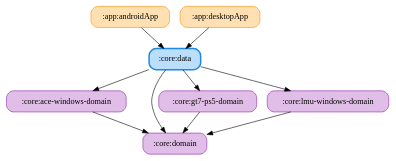
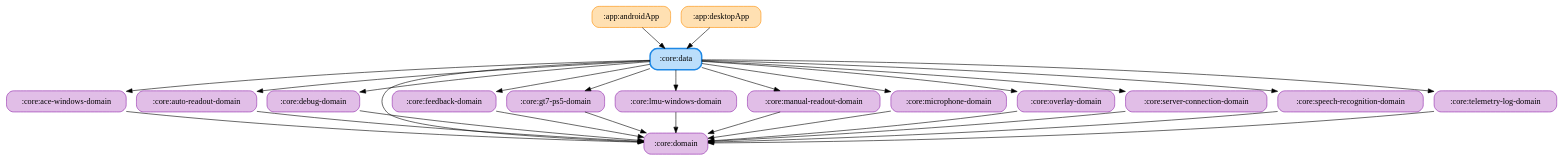
One commit to ai-kurou/KoDriver changed the diagram in docs/graphs/core-data.gv. Above: the diagram before and after it, drawn with Graphviz. The commit also changed 1047 other files, not shown here.

```diff
--- a/docs/graphs/core-data.gv
+++ b/docs/graphs/core-data.gv
@@ -1,20 +1,47 @@
 digraph G {
   rankdir=TB
   node [shape=box, style="rounded,filled"]
   ":app:androidApp" [fillcolor="#FFE0B2", color="#FB8C00", penwidth=1]
   ":app:desktopApp" [fillcolor="#FFE0B2", color="#FB8C00", penwidth=1]
   ":core:ace-windows-domain" [fillcolor="#E1BEE7", color="#8E24AA", penwidth=1]
+  ":core:auto-readout-domain" [fillcolor="#E1BEE7", color="#8E24AA", penwidth=1]
   ":core:data" [fillcolor="#BBDEFB", color="#1E88E5", penwidth=2.5]
+  ":core:debug-domain" [fillcolor="#E1BEE7", color="#8E24AA", penwidth=1]
   ":core:domain" [fillcolor="#E1BEE7", color="#8E24AA", penwidth=1]
+  ":core:feedback-domain" [fillcolor="#E1BEE7", color="#8E24AA", penwidth=1]
   ":core:gt7-ps5-domain" [fillcolor="#E1BEE7", color="#8E24AA", penwidth=1]
   ":core:lmu-windows-domain" [fillcolor="#E1BEE7", color="#8E24AA", penwidth=1]
+  ":core:manual-readout-domain" [fillcolor="#E1BEE7", color="#8E24AA", penwidth=1]
+  ":core:microphone-domain" [fillcolor="#E1BEE7", color="#8E24AA", penwidth=1]
+  ":core:overlay-domain" [fillcolor="#E1BEE7", color="#8E24AA", penwidth=1]
+  ":core:server-connection-domain" [fillcolor="#E1BEE7", color="#8E24AA", penwidth=1]
+  ":core:speech-recognition-domain" [fillcolor="#E1BEE7", color="#8E24AA", penwidth=1]
+  ":core:telemetry-log-domain" [fillcolor="#E1BEE7", color="#8E24AA", penwidth=1]
   ":app:androidApp" -> ":core:data"
   ":app:desktopApp" -> ":core:data"
   ":core:ace-windows-domain" -> ":core:domain"
+  ":core:auto-readout-domain" -> ":core:domain"
   ":core:data" -> ":core:gt7-ps5-domain"
   ":core:data" -> ":core:domain"
   ":core:data" -> ":core:ace-windows-domain"
   ":core:data" -> ":core:lmu-windows-domain"
+  ":core:data" -> ":core:auto-readout-domain"
+  ":core:data" -> ":core:telemetry-log-domain"
+  ":core:data" -> ":core:server-connection-domain"
+  ":core:data" -> ":core:manual-readout-domain"
+  ":core:data" -> ":core:microphone-domain"
+  ":core:data" -> ":core:overlay-domain"
+  ":core:data" -> ":core:speech-recognition-domain"
+  ":core:data" -> ":core:feedback-domain"
+  ":core:data" -> ":core:debug-domain"
+  ":core:debug-domain" -> ":core:domain"
+  ":core:feedback-domain" -> ":core:domain"
   ":core:gt7-ps5-domain" -> ":core:domain"
   ":core:lmu-windows-domain" -> ":core:domain"
+  ":core:manual-readout-domain" -> ":core:domain"
+  ":core:microphone-domain" -> ":core:domain"
+  ":core:overlay-domain" -> ":core:domain"
+  ":core:server-connection-domain" -> ":core:domain"
+  ":core:speech-recognition-domain" -> ":core:domain"
+  ":core:telemetry-log-domain" -> ":core:domain"
 }
```
